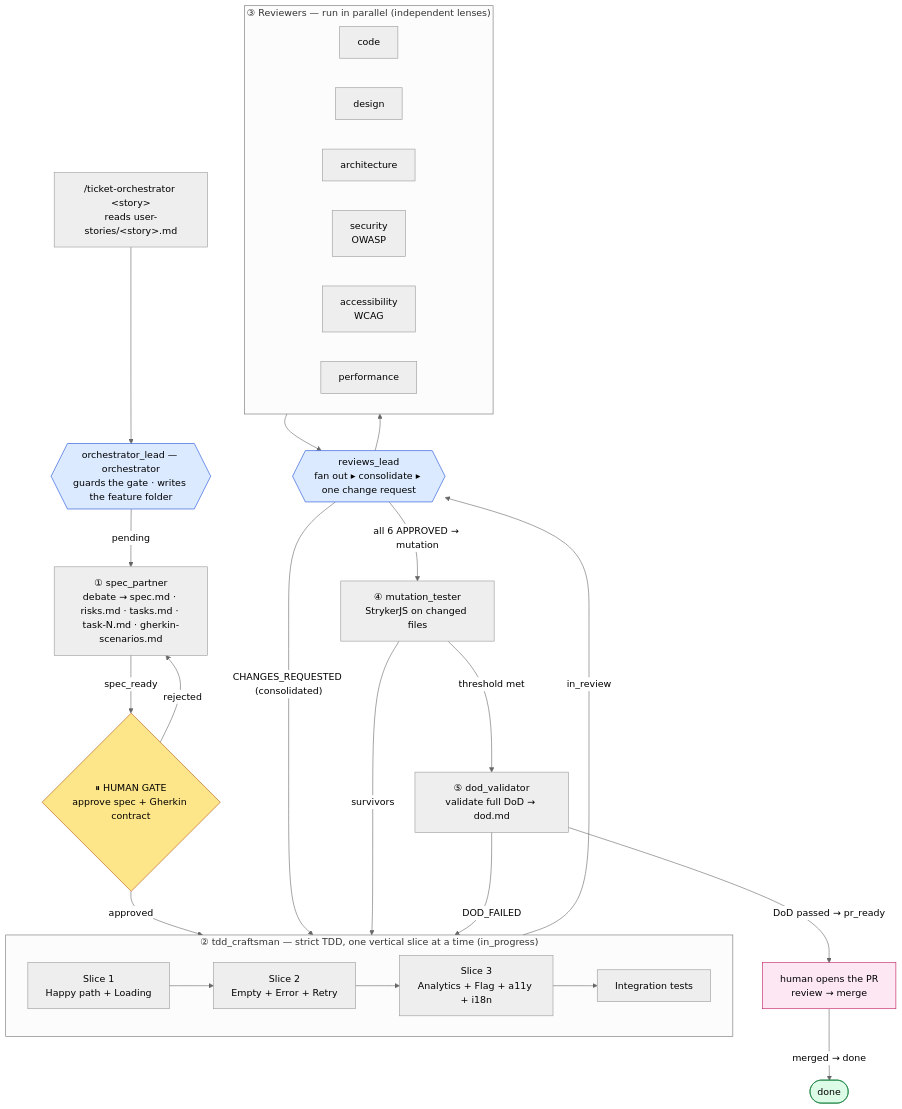
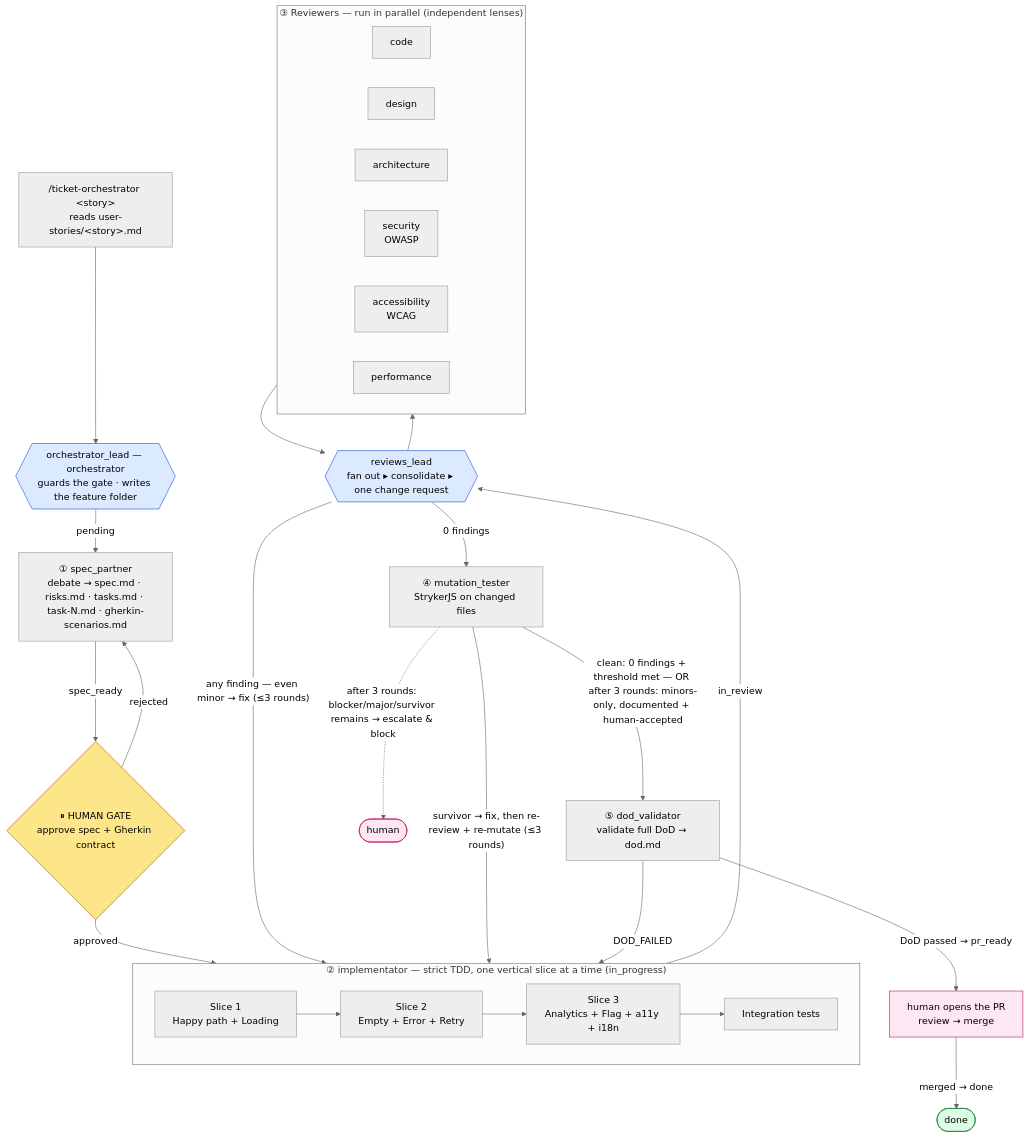
Before and after one commit to LIDR-academy/AI4Devs-finalproject: the diagram in ORCHESTRATOR_PLAN.md, drawn with Mermaid (neutral theme). The commit also changed other lines of this file and 23 other files, not shown here.

````diff
--- a/ORCHESTRATOR_PLAN.md
+++ b/ORCHESTRATOR_PLAN.md
@@ -152,45 +152,46 @@
 ```mermaid
 flowchart TD
     CLI["/ticket-orchestrator &lt;story&gt;<br/>reads user-stories/&lt;story&gt;.md"] --> LEAD{{"orchestrator_lead — orchestrator<br/>guards the gate · writes the feature folder"}}
 
     LEAD -->|pending| P1["① spec_partner<br/>debate → spec.md · risks.md · tasks.md · task-N.md · gherkin-scenarios.md"]
     P1 -->|spec_ready| GATE{"⏸ HUMAN GATE<br/>approve spec + Gherkin contract"}
     GATE -->|rejected| P1
 
     GATE -->|"approved"| P3G
-    subgraph P3G["② tdd_craftsman — strict TDD, one vertical slice at a time (in_progress)"]
+    subgraph P3G["② implementator — strict TDD, one vertical slice at a time (in_progress)"]
         direction LR
         S1["Slice 1<br/>Happy path + Loading"] --> S2["Slice 2<br/>Empty + Error + Retry"] --> S3["Slice 3<br/>Analytics + Flag + a11y + i18n"] --> INT["Integration tests"]
     end
 
     P3G -->|in_review| RL
     subgraph RV["③ Reviewers — run in parallel (independent lenses)"]
         direction LR
         R1["code"]
         R2["design"]
         R3["architecture"]
         R4["security<br/>OWASP"]
         R5["accessibility<br/>WCAG"]
         R6["performance"]
     end
     RL{{"reviews_lead<br/>fan out ▸ consolidate ▸ one change request"}}
     RL --> RV
     RV --> RL
 
-    RL -->|"CHANGES_REQUESTED (consolidated)"| P3G
-    RL -->|"all 6 APPROVED → mutation"| MUT["④ mutation_tester<br/>StrykerJS on changed files"]
-    MUT -->|survivors| P3G
-    MUT -->|"threshold met"| DV["⑤ dod_validator<br/>validate full DoD → dod.md"]
+    RL -->|"any finding — even minor → fix (≤3 rounds)"| P3G
+    RL -->|"0 findings"| MUT["④ mutation_tester<br/>StrykerJS on changed files"]
+    MUT -->|"survivor → fix, then re-review + re-mutate (≤3 rounds)"| P3G
+    MUT -->|"clean: 0 findings + threshold met — OR after 3 rounds: minors-only, documented + human-accepted"| DV["⑤ dod_validator<br/>validate full DoD → dod.md"]
+    MUT -.->|"after 3 rounds: blocker/major/survivor remains → escalate & block"| ESC(["human"])
     DV -->|DOD_FAILED| P3G
     DV -->|"DoD passed → pr_ready"| HPR["human opens the PR<br/>review → merge"]
     HPR -->|merged → done| DONE(["done"])
 
     classDef gate fill:#fde68a,stroke:#b45309,color:#000;
     classDef lead fill:#dbeafe,stroke:#1d4ed8,color:#000;
     classDef terminal fill:#dcfce7,stroke:#15803d,color:#000;
     classDef human fill:#fce7f3,stroke:#be185d,color:#000;
     class GATE gate;
     class LEAD,RL lead;
-    class HPR human;
+    class HPR,ESC human;
     class DONE terminal;
 ```
````
